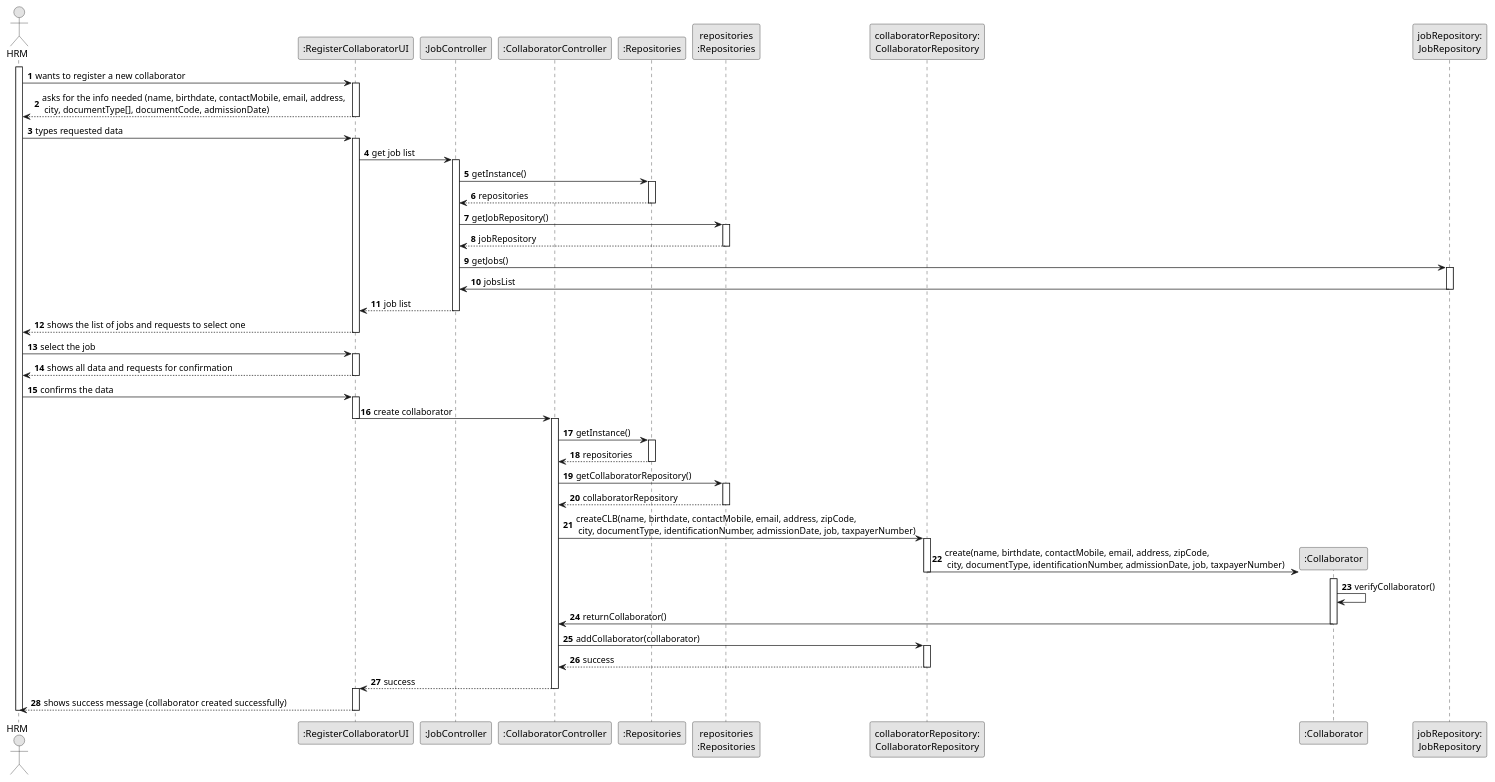
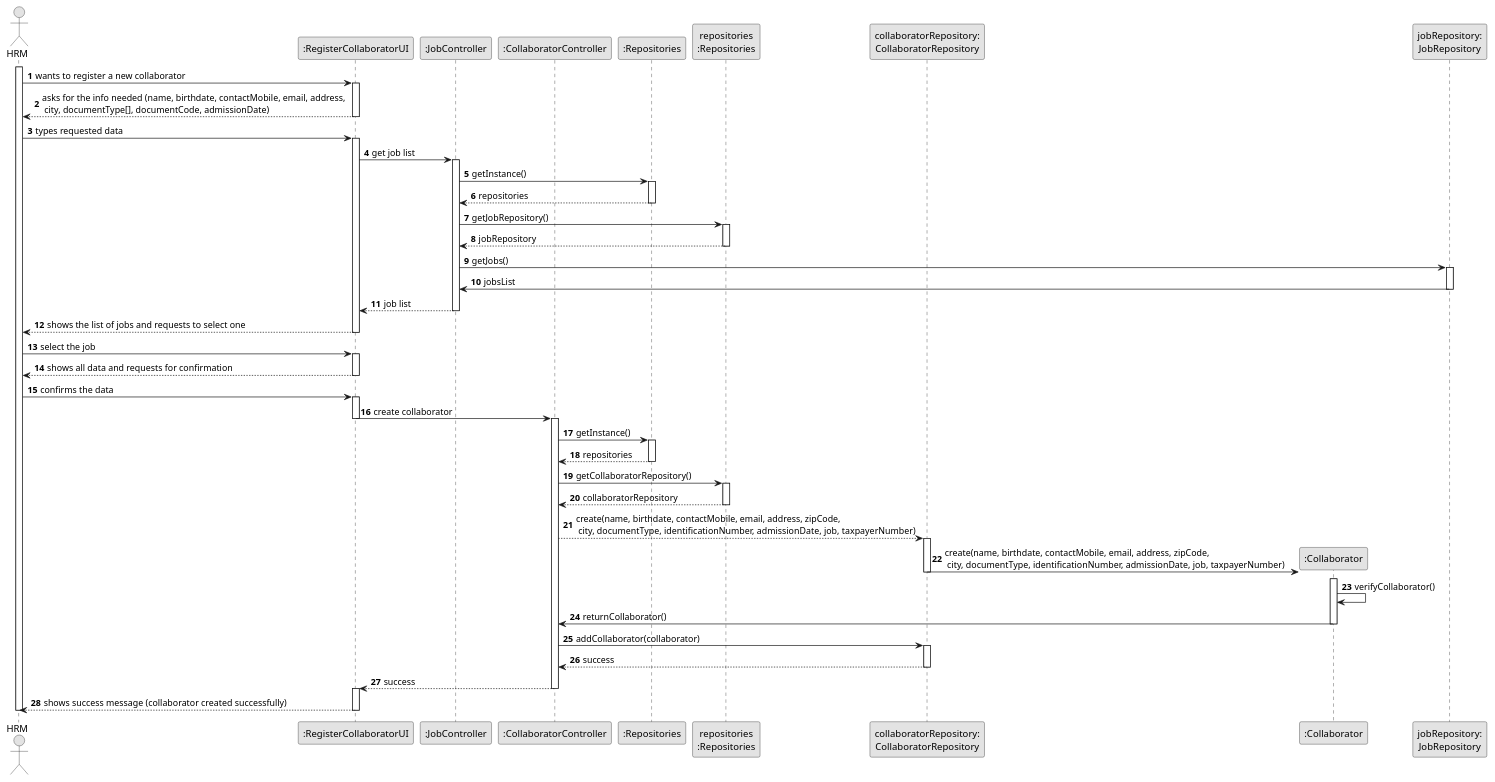
The diagram in docs/sprintB/us003/03.design/puml/us003-sequence-diagram-full.puml (RicardoMorim/lapr2-ISEP-Project), drawn with PlantUML before and after one commit. The commit also changed 2 other files, not shown here.

```diff
--- a/docs/sprintB/us003/03.design/puml/us003-sequence-diagram-full.puml
+++ b/docs/sprintB/us003/03.design/puml/us003-sequence-diagram-full.puml
@@ -1,127 +1,127 @@
 @startuml
 skinparam monochrome true
 skinparam packageStyle rectangle
 skinparam shadowing false
 
 autonumber
 
 actor "HRM" as HRM
 participant ":RegisterCollaboratorUI" as UI
 participant ":JobController" as JC
 participant ":CollaboratorController" as CTRL
 participant ":Repositories" as GlobRepo
 participant "repositories\n:Repositories" as PLAT
 participant "collaboratorRepository:\nCollaboratorRepository" as CLBREP
 participant ":Collaborator" as CLB
 participant "jobRepository:\nJobRepository" as jobRepository
 
 
 activate HRM
 
         HRM -> UI : wants to register a new collaborator
         activate UI
 
         UI --> HRM : asks for the info needed (name, birthdate, contactMobile, email, address, \n city, documentType[], documentCode, admissionDate)
         deactivate UI
 
         HRM -> UI : types requested data
         activate UI
 
         UI -> JC: get job list
 
 
 
 
 
         activate JC
 
             JC -> GlobRepo : getInstance()
             activate GlobRepo
 
             GlobRepo --> JC : repositories
             deactivate GlobRepo
 
             JC -> PLAT : getJobRepository()
             activate PLAT
 
             PLAT -->  JC: jobRepository
             deactivate PLAT
 
             JC -> jobRepository : getJobs()
             activate jobRepository
 
             jobRepository -> JC : jobsList
             deactivate jobRepository
 
 
             JC --> UI : job list
 
         deactivate JC
 
 
 
         UI --> HRM : shows the list of jobs and requests to select one
         deactivate UI
 
 
         HRM -> UI : select the job
         activate UI
 
         UI --> HRM: shows all data and requests for confirmation
         deactivate UI
 
         HRM -> UI: confirms the data
         activate UI
 
         UI -> CTRL : create collaborator
 
         deactivate UI
 
         activate CTRL
 
             CTRL -> GlobRepo : getInstance()
             activate GlobRepo
 
             GlobRepo --> CTRL : repositories
             deactivate GlobRepo
 
             CTRL -> PLAT : getCollaboratorRepository()
             activate PLAT
 
             PLAT -->  CTRL: collaboratorRepository
             deactivate PLAT
 
-            CTRL -> CLBREP : createCLB(name, birthdate, contactMobile, email, address, zipCode,\n city, documentType, identificationNumber, admissionDate, job, taxpayerNumber)
+            CTRL --> CLBREP : create(name, birthdate, contactMobile, email, address, zipCode,\n city, documentType, identificationNumber, admissionDate, job, taxpayerNumber)
 
 
             activate CLBREP
             CLBREP->CLB** : create(name, birthdate, contactMobile, email, address, zipCode,\n city, documentType, identificationNumber, admissionDate, job, taxpayerNumber)
 
             deactivate CLBREP
 
 
             activate CLB
                     CLB -> CLB : verifyCollaborator()
 
                     CLB -> CTRL : returnCollaborator()
                 deactivate CLB
 
                 CTRL -> CLBREP: addCollaborator(collaborator)
 
                 activate CLBREP
 
                    CLBREP --> CTRL : success
                 deactivate CLBREP
 
                 CTRL --> UI : success
         deactivate CTRL
 
         activate UI
         UI --> HRM : shows success message (collaborator created successfully)
         deactivate UI
 
 
 deactivate HRM
 
 
 @enduml
```
